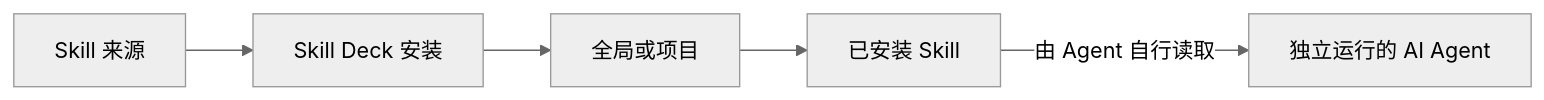
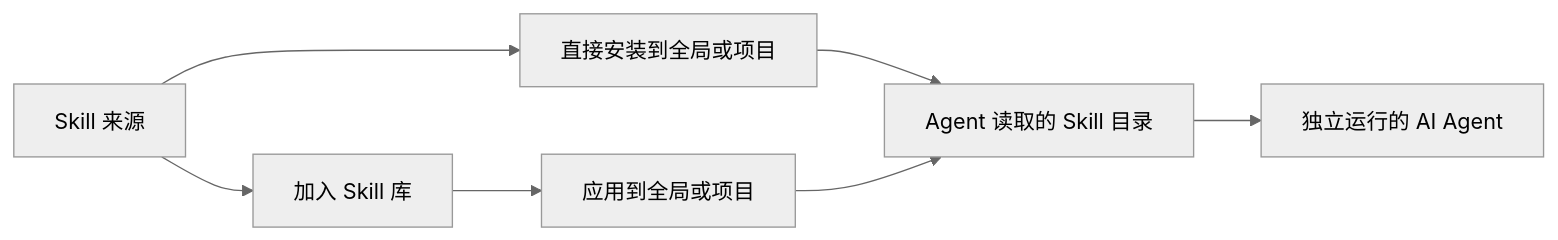
The first of 3 diagrams in docs/product.md (Hccake/skill-deck), drawn with Mermaid (neutral theme) before and after one commit. The commit also changed other lines of this file and 23 other files, not shown here.

````diff
--- a/docs/product.md
+++ b/docs/product.md
@@ -11,7 +18,9 @@
 ```mermaid
 flowchart LR
-    Source["Skill 来源"] --> Deck["Skill Deck 安装"]
-    Deck --> Location["全局或项目"]
-    Location --> Skill["已安装 Skill"]
-    Skill -->|"由 Agent 自行读取"| Agent["独立运行的 AI Agent"]
+    Source["Skill 来源"] --> Direct["直接安装到全局或项目"]
+    Source --> Library["加入 Skill 库"]
+    Library --> Apply["应用到全局或项目"]
+    Direct --> Directory["Agent 读取的 Skill 目录"]
+    Apply --> Directory
+    Directory --> Agent["独立运行的 AI Agent"]
 ```
````
